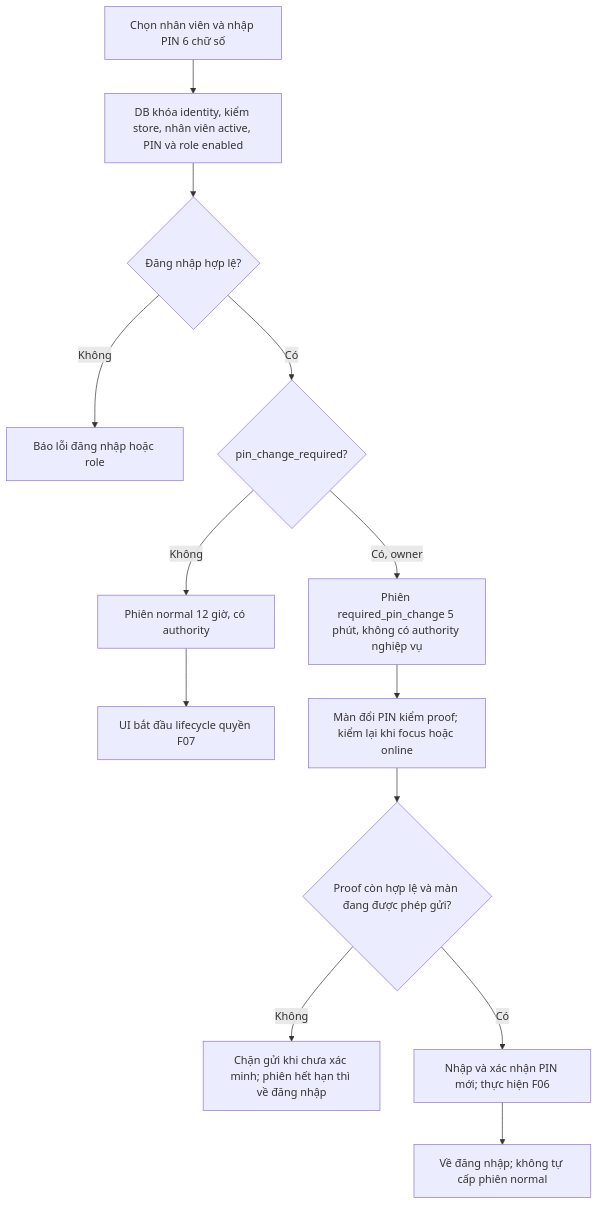
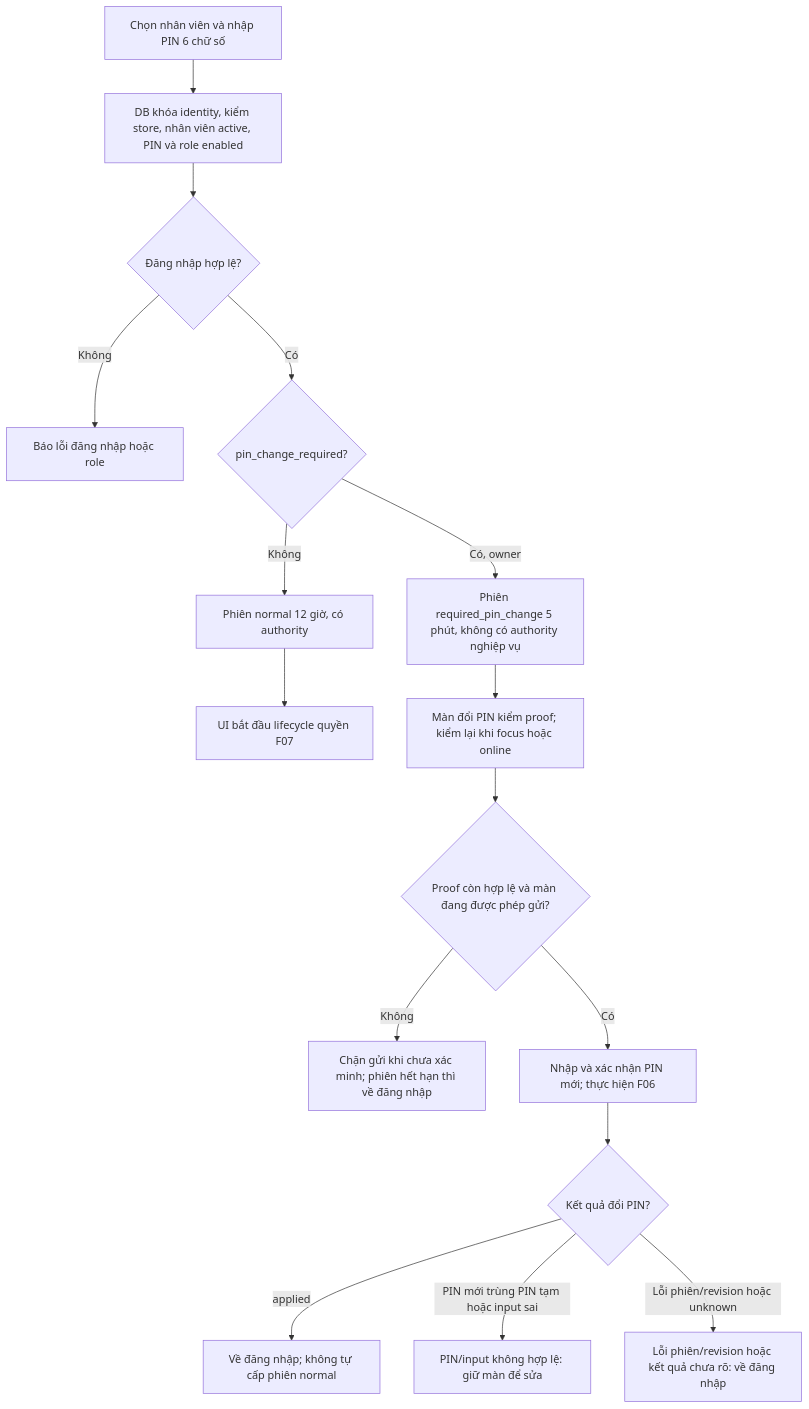
Before and after one commit to nguyentronglinh045/pos-cafe: the fifth of 8 diagrams in docs/critical-flows.md, drawn with Mermaid. The commit also changed other lines of this file and 28 other files, not shown here.

Commit message:
docs: align flow diagrams with reviewed code

````diff
--- a/docs/critical-flows.md
+++ b/docs/critical-flows.md
@@ -201,28 +209,34 @@
 ```mermaid
 flowchart TD
     login["Chọn nhân viên và nhập PIN 6 chữ số"]
     verify["DB khóa identity, kiểm store, nhân viên active, PIN và role enabled"]
     valid{"Đăng nhập hợp lệ?"}
     fail["Báo lỗi đăng nhập hoặc role"]
     required{"pin_change_required?"}
     normal["Phiên normal 12 giờ, có authority"]
     gate["UI bắt đầu lifecycle quyền F07"]
     limited["Phiên required_pin_change 5 phút, không có authority nghiệp vụ"]
     proof["Màn đổi PIN kiểm proof; kiểm lại khi focus hoặc online"]
     canChange{"Proof còn hợp lệ và màn đang được phép gửi?"}
     blocked["Chặn gửi khi chưa xác minh; phiên hết hạn thì về đăng nhập"]
     submit["Nhập và xác nhận PIN mới; thực hiện F06"]
+    pinResult{"Kết quả đổi PIN?"}
     done["Về đăng nhập; không tự cấp phiên normal"]
+    inputError["PIN/input không hợp lệ: giữ màn để sửa"]
+    ended["Lỗi phiên/revision hoặc kết quả chưa rõ: về đăng nhập"]
     login --> verify
     verify --> valid
     valid -->|"Không"| fail
     valid -->|"Có"| required
     required -->|"Không"| normal
     normal --> gate
     required -->|"Có, owner"| limited
     limited --> proof
     proof --> canChange
     canChange -->|"Không"| blocked
     canChange -->|"Có"| submit
-    submit --> done
+    submit --> pinResult
+    pinResult -->|"applied"| done
+    pinResult -->|"PIN mới trùng PIN tạm hoặc input sai"| inputError
+    pinResult -->|"Lỗi phiên/revision hoặc unknown"| ended
 ```
````
